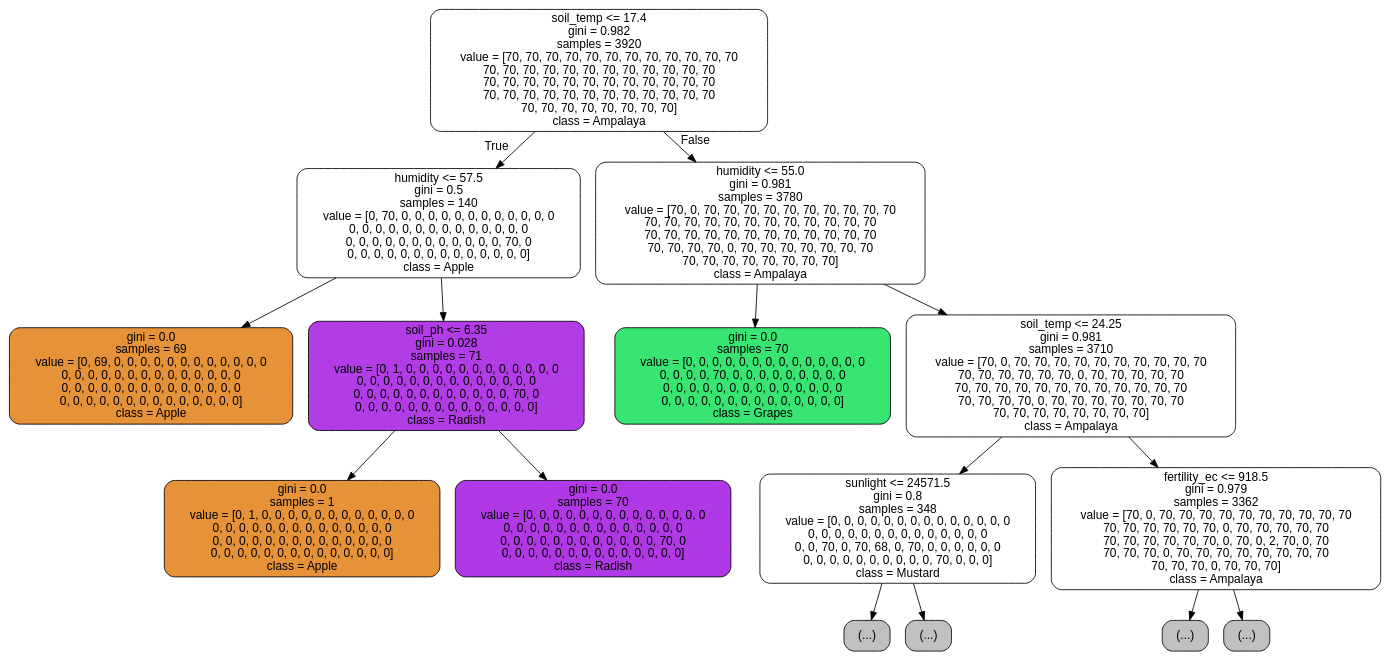
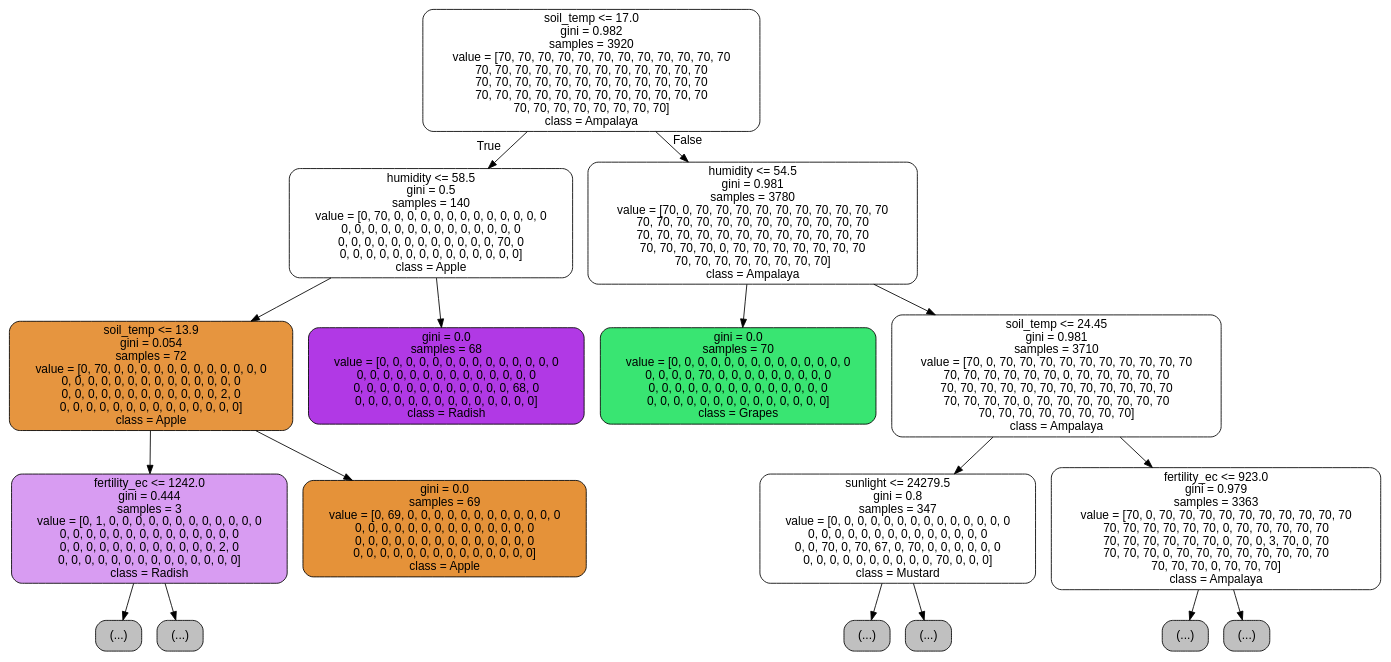
The diagram in precomputation/decision_tree.dot (CyrusUmali/AiCROP), drawn with Graphviz before and after one commit. The commit also changed 13 other files, not shown here.

```diff
--- a/precomputation/decision_tree.dot
+++ b/precomputation/decision_tree.dot
@@ -1,33 +1,37 @@
 digraph Tree {
 node [shape=box, style="filled, rounded", color="black", fontname="helvetica"] ;
 edge [fontname="helvetica"] ;
-0 [label="soil_temp <= 17.4\ngini = 0.982\nsamples = 3920\nvalue = [70, 70, 70, 70, 70, 70, 70, 70, 70, 70, 70, 70\n70, 70, 70, 70, 70, 70, 70, 70, 70, 70, 70, 70\n70, 70, 70, 70, 70, 70, 70, 70, 70, 70, 70, 70\n70, 70, 70, 70, 70, 70, 70, 70, 70, 70, 70, 70\n70, 70, 70, 70, 70, 70, 70, 70]\nclass = Ampalaya", fillcolor="#ffffff"] ;
-1 [label="humidity <= 57.5\ngini = 0.5\nsamples = 140\nvalue = [0, 70, 0, 0, 0, 0, 0, 0, 0, 0, 0, 0, 0, 0\n0, 0, 0, 0, 0, 0, 0, 0, 0, 0, 0, 0, 0, 0\n0, 0, 0, 0, 0, 0, 0, 0, 0, 0, 0, 0, 70, 0\n0, 0, 0, 0, 0, 0, 0, 0, 0, 0, 0, 0, 0, 0]\nclass = Apple", fillcolor="#ffffff"] ;
+0 [label="soil_temp <= 17.0\ngini = 0.982\nsamples = 3920\nvalue = [70, 70, 70, 70, 70, 70, 70, 70, 70, 70, 70, 70\n70, 70, 70, 70, 70, 70, 70, 70, 70, 70, 70, 70\n70, 70, 70, 70, 70, 70, 70, 70, 70, 70, 70, 70\n70, 70, 70, 70, 70, 70, 70, 70, 70, 70, 70, 70\n70, 70, 70, 70, 70, 70, 70, 70]\nclass = Ampalaya", fillcolor="#ffffff"] ;
+1 [label="humidity <= 58.5\ngini = 0.5\nsamples = 140\nvalue = [0, 70, 0, 0, 0, 0, 0, 0, 0, 0, 0, 0, 0, 0\n0, 0, 0, 0, 0, 0, 0, 0, 0, 0, 0, 0, 0, 0\n0, 0, 0, 0, 0, 0, 0, 0, 0, 0, 0, 0, 70, 0\n0, 0, 0, 0, 0, 0, 0, 0, 0, 0, 0, 0, 0, 0]\nclass = Apple", fillcolor="#ffffff"] ;
 0 -> 1 [labeldistance=2.5, labelangle=45, headlabel="True"] ;
-2 [label="gini = 0.0\nsamples = 69\nvalue = [0, 69, 0, 0, 0, 0, 0, 0, 0, 0, 0, 0, 0, 0\n0, 0, 0, 0, 0, 0, 0, 0, 0, 0, 0, 0, 0, 0\n0, 0, 0, 0, 0, 0, 0, 0, 0, 0, 0, 0, 0, 0\n0, 0, 0, 0, 0, 0, 0, 0, 0, 0, 0, 0, 0, 0]\nclass = Apple", fillcolor="#e59239"] ;
+2 [label="soil_temp <= 13.9\ngini = 0.054\nsamples = 72\nvalue = [0, 70, 0, 0, 0, 0, 0, 0, 0, 0, 0, 0, 0, 0\n0, 0, 0, 0, 0, 0, 0, 0, 0, 0, 0, 0, 0, 0\n0, 0, 0, 0, 0, 0, 0, 0, 0, 0, 0, 0, 2, 0\n0, 0, 0, 0, 0, 0, 0, 0, 0, 0, 0, 0, 0, 0]\nclass = Apple", fillcolor="#e6953f"] ;
 1 -> 2 ;
-3 [label="soil_ph <= 6.35\ngini = 0.028\nsamples = 71\nvalue = [0, 1, 0, 0, 0, 0, 0, 0, 0, 0, 0, 0, 0, 0\n0, 0, 0, 0, 0, 0, 0, 0, 0, 0, 0, 0, 0, 0\n0, 0, 0, 0, 0, 0, 0, 0, 0, 0, 0, 0, 70, 0\n0, 0, 0, 0, 0, 0, 0, 0, 0, 0, 0, 0, 0, 0]\nclass = Radish", fillcolor="#b23ce5"] ;
-1 -> 3 ;
-4 [label="gini = 0.0\nsamples = 1\nvalue = [0, 1, 0, 0, 0, 0, 0, 0, 0, 0, 0, 0, 0, 0\n0, 0, 0, 0, 0, 0, 0, 0, 0, 0, 0, 0, 0, 0\n0, 0, 0, 0, 0, 0, 0, 0, 0, 0, 0, 0, 0, 0\n0, 0, 0, 0, 0, 0, 0, 0, 0, 0, 0, 0, 0, 0]\nclass = Apple", fillcolor="#e59239"] ;
+3 [label="fertility_ec <= 1242.0\ngini = 0.444\nsamples = 3\nvalue = [0, 1, 0, 0, 0, 0, 0, 0, 0, 0, 0, 0, 0, 0\n0, 0, 0, 0, 0, 0, 0, 0, 0, 0, 0, 0, 0, 0\n0, 0, 0, 0, 0, 0, 0, 0, 0, 0, 0, 0, 2, 0\n0, 0, 0, 0, 0, 0, 0, 0, 0, 0, 0, 0, 0, 0]\nclass = Radish", fillcolor="#d89cf2"] ;
+2 -> 3 ;
+4 [label="(...)", fillcolor="#C0C0C0"] ;
 3 -> 4 ;
-5 [label="gini = 0.0\nsamples = 70\nvalue = [0, 0, 0, 0, 0, 0, 0, 0, 0, 0, 0, 0, 0, 0\n0, 0, 0, 0, 0, 0, 0, 0, 0, 0, 0, 0, 0, 0\n0, 0, 0, 0, 0, 0, 0, 0, 0, 0, 0, 0, 70, 0\n0, 0, 0, 0, 0, 0, 0, 0, 0, 0, 0, 0, 0, 0]\nclass = Radish", fillcolor="#b139e5"] ;
+5 [label="(...)", fillcolor="#C0C0C0"] ;
 3 -> 5 ;
-6 [label="humidity <= 55.0\ngini = 0.981\nsamples = 3780\nvalue = [70, 0, 70, 70, 70, 70, 70, 70, 70, 70, 70, 70\n70, 70, 70, 70, 70, 70, 70, 70, 70, 70, 70, 70\n70, 70, 70, 70, 70, 70, 70, 70, 70, 70, 70, 70\n70, 70, 70, 70, 0, 70, 70, 70, 70, 70, 70, 70\n70, 70, 70, 70, 70, 70, 70, 70]\nclass = Ampalaya", fillcolor="#ffffff"] ;
-0 -> 6 [labeldistance=2.5, labelangle=-45, headlabel="False"] ;
-7 [label="gini = 0.0\nsamples = 70\nvalue = [0, 0, 0, 0, 0, 0, 0, 0, 0, 0, 0, 0, 0, 0\n0, 0, 0, 0, 70, 0, 0, 0, 0, 0, 0, 0, 0, 0\n0, 0, 0, 0, 0, 0, 0, 0, 0, 0, 0, 0, 0, 0\n0, 0, 0, 0, 0, 0, 0, 0, 0, 0, 0, 0, 0, 0]\nclass = Grapes", fillcolor="#39e572"] ;
-6 -> 7 ;
-8 [label="soil_temp <= 24.25\ngini = 0.981\nsamples = 3710\nvalue = [70, 0, 70, 70, 70, 70, 70, 70, 70, 70, 70, 70\n70, 70, 70, 70, 70, 70, 0, 70, 70, 70, 70, 70\n70, 70, 70, 70, 70, 70, 70, 70, 70, 70, 70, 70\n70, 70, 70, 70, 0, 70, 70, 70, 70, 70, 70, 70\n70, 70, 70, 70, 70, 70, 70, 70]\nclass = Ampalaya", fillcolor="#ffffff"] ;
-6 -> 8 ;
-9 [label="sunlight <= 24571.5\ngini = 0.8\nsamples = 348\nvalue = [0, 0, 0, 0, 0, 0, 0, 0, 0, 0, 0, 0, 0, 0\n0, 0, 0, 0, 0, 0, 0, 0, 0, 0, 0, 0, 0, 0\n0, 0, 70, 0, 70, 68, 0, 70, 0, 0, 0, 0, 0, 0\n0, 0, 0, 0, 0, 0, 0, 0, 0, 0, 70, 0, 0, 0]\nclass = Mustard", fillcolor="#ffffff"] ;
+6 [label="gini = 0.0\nsamples = 69\nvalue = [0, 69, 0, 0, 0, 0, 0, 0, 0, 0, 0, 0, 0, 0\n0, 0, 0, 0, 0, 0, 0, 0, 0, 0, 0, 0, 0, 0\n0, 0, 0, 0, 0, 0, 0, 0, 0, 0, 0, 0, 0, 0\n0, 0, 0, 0, 0, 0, 0, 0, 0, 0, 0, 0, 0, 0]\nclass = Apple", fillcolor="#e59239"] ;
+2 -> 6 ;
+7 [label="gini = 0.0\nsamples = 68\nvalue = [0, 0, 0, 0, 0, 0, 0, 0, 0, 0, 0, 0, 0, 0\n0, 0, 0, 0, 0, 0, 0, 0, 0, 0, 0, 0, 0, 0\n0, 0, 0, 0, 0, 0, 0, 0, 0, 0, 0, 0, 68, 0\n0, 0, 0, 0, 0, 0, 0, 0, 0, 0, 0, 0, 0, 0]\nclass = Radish", fillcolor="#b139e5"] ;
+1 -> 7 ;
+8 [label="humidity <= 54.5\ngini = 0.981\nsamples = 3780\nvalue = [70, 0, 70, 70, 70, 70, 70, 70, 70, 70, 70, 70\n70, 70, 70, 70, 70, 70, 70, 70, 70, 70, 70, 70\n70, 70, 70, 70, 70, 70, 70, 70, 70, 70, 70, 70\n70, 70, 70, 70, 0, 70, 70, 70, 70, 70, 70, 70\n70, 70, 70, 70, 70, 70, 70, 70]\nclass = Ampalaya", fillcolor="#ffffff"] ;
+0 -> 8 [labeldistance=2.5, labelangle=-45, headlabel="False"] ;
+9 [label="gini = 0.0\nsamples = 70\nvalue = [0, 0, 0, 0, 0, 0, 0, 0, 0, 0, 0, 0, 0, 0\n0, 0, 0, 0, 70, 0, 0, 0, 0, 0, 0, 0, 0, 0\n0, 0, 0, 0, 0, 0, 0, 0, 0, 0, 0, 0, 0, 0\n0, 0, 0, 0, 0, 0, 0, 0, 0, 0, 0, 0, 0, 0]\nclass = Grapes", fillcolor="#39e572"] ;
 8 -> 9 ;
-10 [label="(...)", fillcolor="#C0C0C0"] ;
-9 -> 10 ;
-11 [label="(...)", fillcolor="#C0C0C0"] ;
-9 -> 11 ;
-24 [label="fertility_ec <= 918.5\ngini = 0.979\nsamples = 3362\nvalue = [70, 0, 70, 70, 70, 70, 70, 70, 70, 70, 70, 70\n70, 70, 70, 70, 70, 70, 0, 70, 70, 70, 70, 70\n70, 70, 70, 70, 70, 70, 0, 70, 0, 2, 70, 0, 70\n70, 70, 70, 0, 70, 70, 70, 70, 70, 70, 70, 70\n70, 70, 70, 0, 70, 70, 70]\nclass = Ampalaya", fillcolor="#ffffff"] ;
-8 -> 24 ;
-25 [label="(...)", fillcolor="#C0C0C0"] ;
-24 -> 25 ;
-1450 [label="(...)", fillcolor="#C0C0C0"] ;
-24 -> 1450 ;
+10 [label="soil_temp <= 24.45\ngini = 0.981\nsamples = 3710\nvalue = [70, 0, 70, 70, 70, 70, 70, 70, 70, 70, 70, 70\n70, 70, 70, 70, 70, 70, 0, 70, 70, 70, 70, 70\n70, 70, 70, 70, 70, 70, 70, 70, 70, 70, 70, 70\n70, 70, 70, 70, 0, 70, 70, 70, 70, 70, 70, 70\n70, 70, 70, 70, 70, 70, 70, 70]\nclass = Ampalaya", fillcolor="#ffffff"] ;
+8 -> 10 ;
+11 [label="sunlight <= 24279.5\ngini = 0.8\nsamples = 347\nvalue = [0, 0, 0, 0, 0, 0, 0, 0, 0, 0, 0, 0, 0, 0\n0, 0, 0, 0, 0, 0, 0, 0, 0, 0, 0, 0, 0, 0\n0, 0, 70, 0, 70, 67, 0, 70, 0, 0, 0, 0, 0, 0\n0, 0, 0, 0, 0, 0, 0, 0, 0, 0, 70, 0, 0, 0]\nclass = Mustard", fillcolor="#ffffff"] ;
+10 -> 11 ;
+12 [label="(...)", fillcolor="#C0C0C0"] ;
+11 -> 12 ;
+13 [label="(...)", fillcolor="#C0C0C0"] ;
+11 -> 13 ;
+28 [label="fertility_ec <= 923.0\ngini = 0.979\nsamples = 3363\nvalue = [70, 0, 70, 70, 70, 70, 70, 70, 70, 70, 70, 70\n70, 70, 70, 70, 70, 70, 0, 70, 70, 70, 70, 70\n70, 70, 70, 70, 70, 70, 0, 70, 0, 3, 70, 0, 70\n70, 70, 70, 0, 70, 70, 70, 70, 70, 70, 70, 70\n70, 70, 70, 0, 70, 70, 70]\nclass = Ampalaya", fillcolor="#ffffff"] ;
+10 -> 28 ;
+29 [label="(...)", fillcolor="#C0C0C0"] ;
+28 -> 29 ;
+1408 [label="(...)", fillcolor="#C0C0C0"] ;
+28 -> 1408 ;
 }
```
